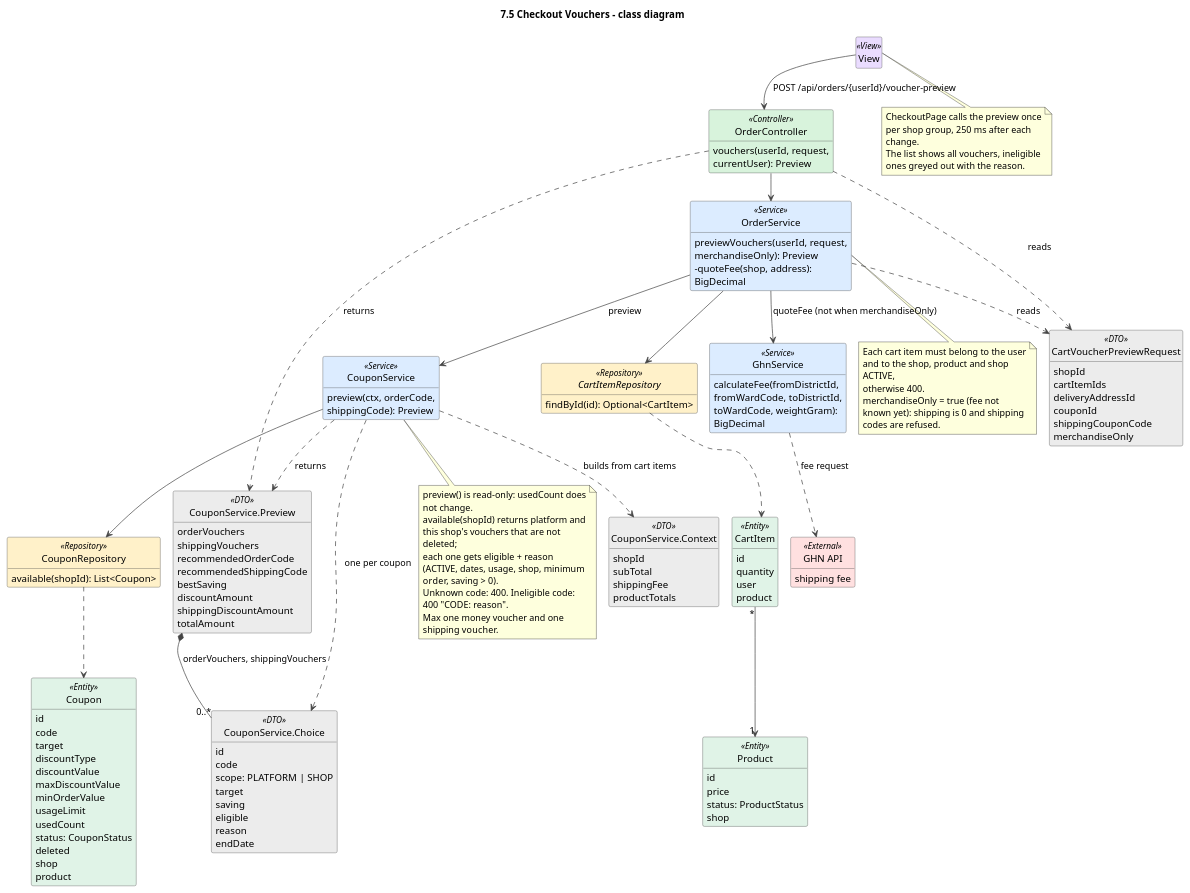
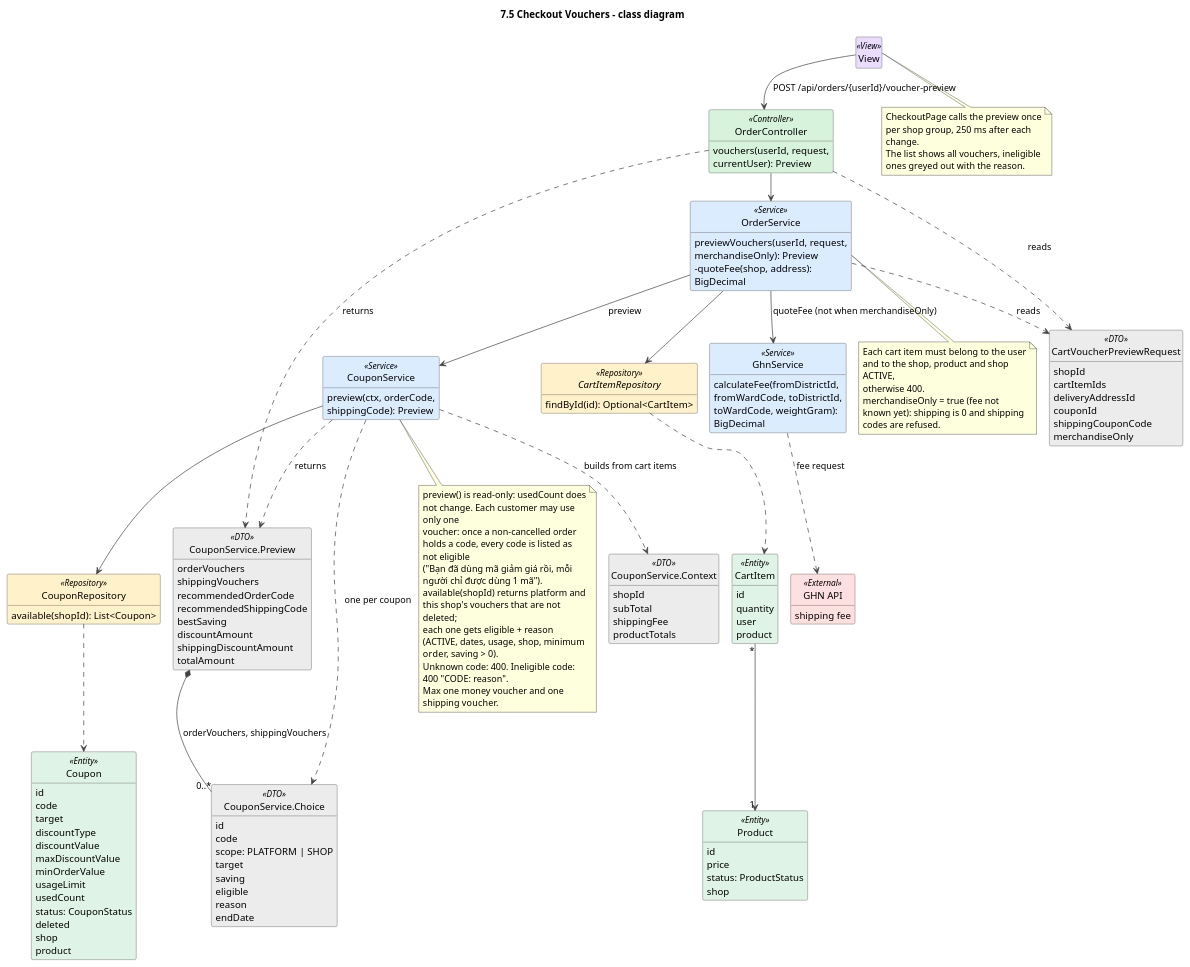
The diagram in docs/sds/7.5-checkout-vouchers-class.puml (duckpao/FlowerShop_SWP391), drawn with PlantUML before and after one commit. The commit also changed 18 other files, not shown here.

```diff
--- a/docs/sds/7.5-checkout-vouchers-class.puml
+++ b/docs/sds/7.5-checkout-vouchers-class.puml
@@ -1,149 +1,151 @@
 @startuml
 !pragma layout smetana
 title 7.5 Checkout Vouchers - class diagram
 skinparam shadowing false
 skinparam defaultFontName Arial
 skinparam wrapWidth 240
 skinparam ArrowColor #444444
 skinparam classAttributeIconSize 0
 skinparam nodesep 45
 skinparam ranksep 50
 skinparam class {
   BackgroundColor #FFFFFF
   BorderColor #444444
   BackgroundColor<<View>> #EADCFF
   BackgroundColor<<Controller>> #D8F3DC
   BackgroundColor<<Service>> #DCECFF
   BackgroundColor<<Repository>> #FFF1C9
   BackgroundColor<<Entity>> #E0F3E7
   BackgroundColor<<External>> #FFE0E0
   BackgroundColor<<DTO>> #ECECEC
   BackgroundColor<<Scheduler>> #FFE8CC
 }
 hide empty members
 hide circle
 
 class View <<View>>
 
 class OrderController <<Controller>> {
   vouchers(userId, request, currentUser): Preview
 }
 class OrderService <<Service>> {
   previewVouchers(userId, request, merchandiseOnly): Preview
   -quoteFee(shop, address): BigDecimal
 }
 class "CartVoucherPreviewRequest" as CartVoucherPreviewRequest <<DTO>> {
   shopId
   cartItemIds
   deliveryAddressId
   couponId
   shippingCouponCode
   merchandiseOnly
 }
 interface CartItemRepository <<Repository>> {
   findById(id): Optional<CartItem>
 }
 class GhnService <<Service>> {
   calculateFee(fromDistrictId, fromWardCode, toDistrictId, toWardCode, weightGram): BigDecimal
 }
 class "GHN API" as GHN <<External>> {
   shipping fee
 }
 class CouponService <<Service>> {
   preview(ctx, orderCode, shippingCode): Preview
 }
 class "CouponService.Context" as Context <<DTO>> {
   shopId
   subTotal
   shippingFee
   productTotals
 }
 class "CouponService.Choice" as Choice <<DTO>> {
   id
   code
   scope: PLATFORM | SHOP
   target
   saving
   eligible
   reason
   endDate
 }
 class "CouponService.Preview" as Preview <<DTO>> {
   orderVouchers
   shippingVouchers
   recommendedOrderCode
   recommendedShippingCode
   bestSaving
   discountAmount
   shippingDiscountAmount
   totalAmount
 }
 class CouponRepository <<Repository>> {
   available(shopId): List<Coupon>
 }
 class CartItem <<Entity>> {
   id
   quantity
   user
   product
 }
 class Product <<Entity>> {
   id
   price
   status: ProductStatus
   shop
 }
 class Coupon <<Entity>> {
   id
   code
   target
   discountType
   discountValue
   maxDiscountValue
   minOrderValue
   usageLimit
   usedCount
   status: CouponStatus
   deleted
   shop
   product
 }
 
 View --> OrderController : POST /api/orders/{userId}/voucher-preview
 OrderController --> OrderService
 OrderController ..> CartVoucherPreviewRequest : reads
 OrderController ..> Preview : returns
 OrderService ..> CartVoucherPreviewRequest : reads
 OrderService --> CartItemRepository
 OrderService --> GhnService : quoteFee (not when merchandiseOnly)
 OrderService --> CouponService : preview
 GhnService ..> GHN : fee request
 CouponService ..> Context : builds from cart items
 CouponService ..> Preview : returns
 CouponService ..> Choice : one per coupon
 Preview *-- "0..*" Choice : orderVouchers, shippingVouchers
 CouponService --> CouponRepository
 CouponRepository ..> Coupon
 CartItemRepository ..> CartItem
 CartItem "*" --> "1" Product
 
 note bottom of OrderService
   Each cart item must belong to the user and to the shop, product and shop ACTIVE,
   otherwise 400.
   merchandiseOnly = true (fee not known yet): shipping is 0 and shipping codes are refused.
 end note
 
 note bottom of CouponService
-  preview() is read-only: usedCount does not change.
+  preview() is read-only: usedCount does not change. Each customer may use only one
+  voucher: once a non-cancelled order holds a code, every code is listed as not eligible
+  ("Bạn đã dùng mã giảm giá rồi, mỗi người chỉ được dùng 1 mã").
   available(shopId) returns platform and this shop's vouchers that are not deleted;
   each one gets eligible + reason (ACTIVE, dates, usage, shop, minimum order, saving > 0).
   Unknown code: 400. Ineligible code: 400 "CODE: reason".
   Max one money voucher and one shipping voucher.
 end note
 
 note bottom of View
   CheckoutPage calls the preview once per shop group, 250 ms after each change.
   The list shows all vouchers, ineligible ones greyed out with the reason.
 end note
 
 @enduml
```
